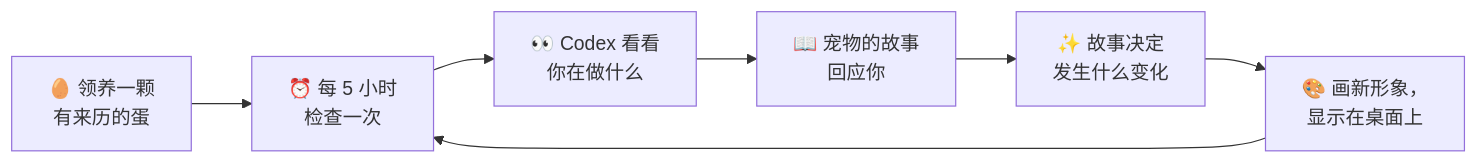
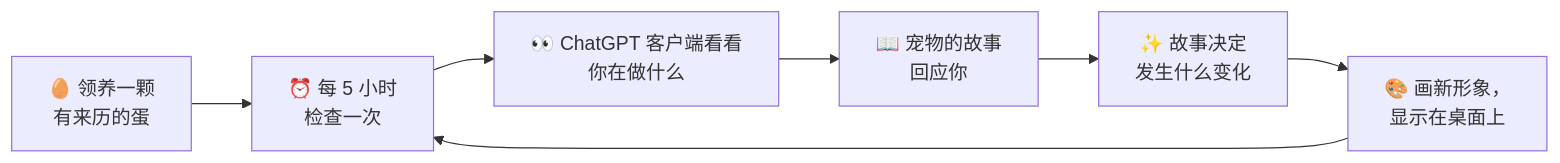
One commit to yate-ge/GenPet changed the diagram in README.zh-CN.md. Above: the diagram before and after it, drawn with Mermaid. The commit also changed other lines of this file and 58 other files, not shown here.

````diff
--- a/README.zh-CN.md
+++ b/README.zh-CN.md
@@ -114,9 +120,9 @@
 ```mermaid
 flowchart LR
   A["🥚 领养一颗<br>有来历的蛋"] --> B["⏰ 每 5 小时<br>检查一次"]
-  B --> C["👀 Codex 看看<br>你在做什么"]
+  B --> C["👀 ChatGPT 客户端看看<br>你在做什么"]
   C --> D["📖 宠物的故事<br>回应你"]
   D --> E["✨ 故事决定<br>发生什么变化"]
   E --> F["🎨 画新形象，<br>显示在桌面上"]
   F --> B
 ```
````
